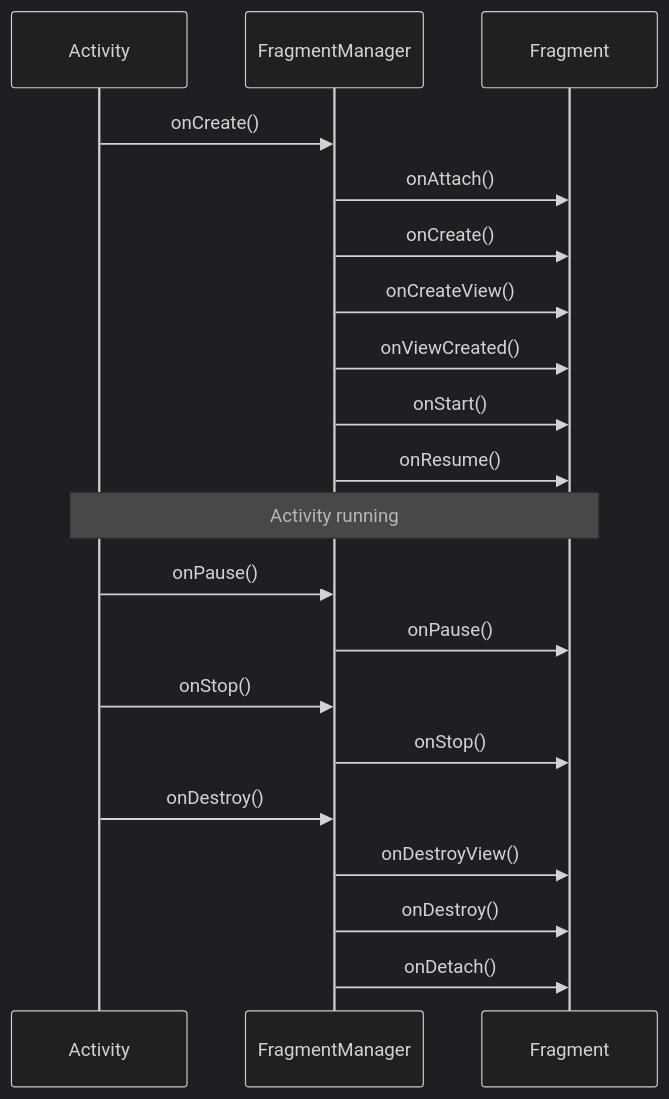
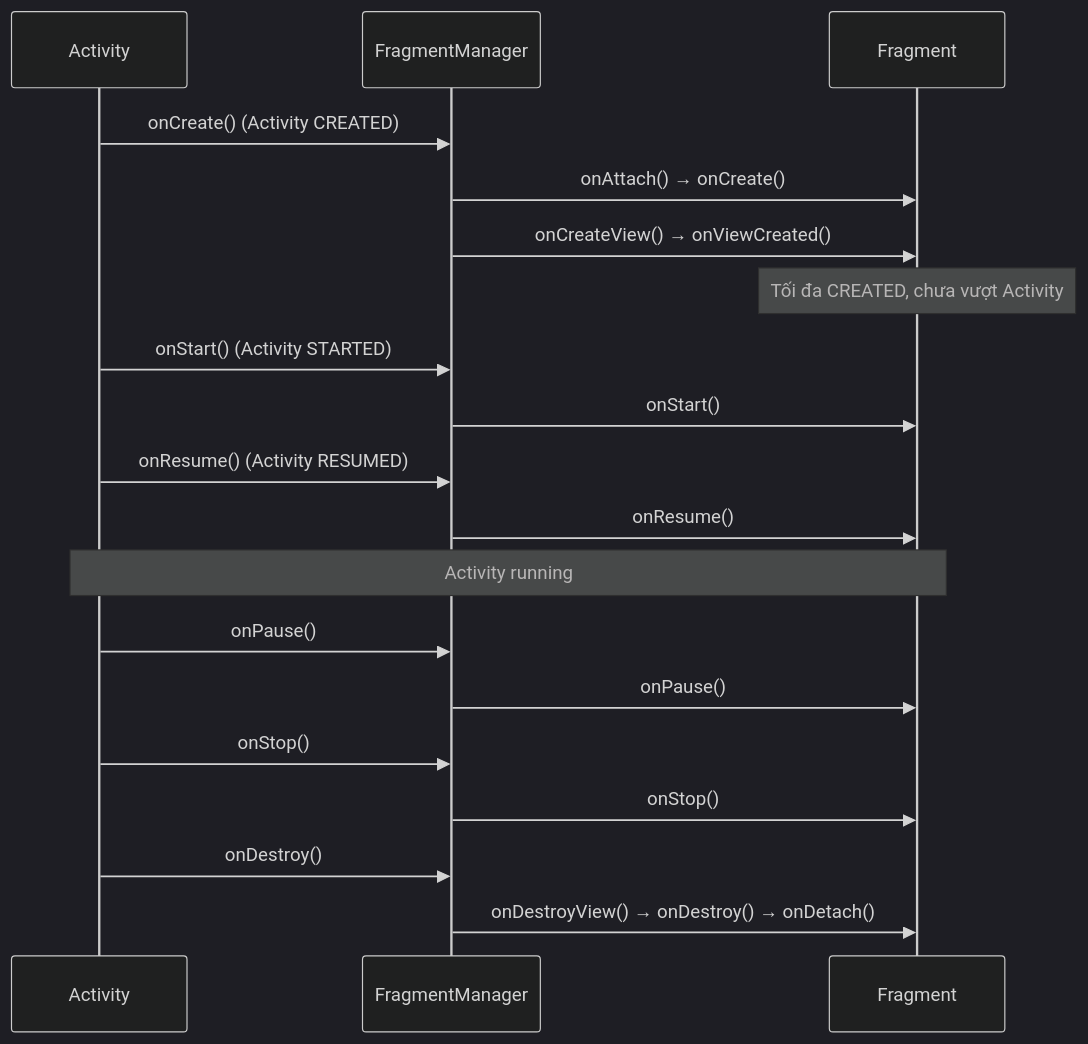
One commit to h1eu/knowledge changed the second of 6 diagrams in knowledge/android/docs/session_04/components/fragment/fragment_manager.md. Above: the diagram before and after it, drawn with Mermaid (dark theme). The commit also changed other lines of this file and 9 other files, not shown here.

````diff
--- a/knowledge/android/docs/session_04/components/fragment/fragment_manager.md
+++ b/knowledge/android/docs/session_04/components/fragment/fragment_manager.md
@@ -123,25 +123,24 @@
 ```mermaid
 sequenceDiagram
     participant A as Activity
     participant FM as FragmentManager
     participant F as Fragment
     
-    A->>FM: onCreate()
-    FM->>F: onAttach()
-    FM->>F: onCreate()
-    FM->>F: onCreateView()
-    FM->>F: onViewCreated()
+    A->>FM: onCreate() (Activity CREATED)
+    FM->>F: onAttach() → onCreate()
+    FM->>F: onCreateView() → onViewCreated()
+    Note over F: Tối đa CREATED, chưa vượt Activity
+    A->>FM: onStart() (Activity STARTED)
     FM->>F: onStart()
+    A->>FM: onResume() (Activity RESUMED)
     FM->>F: onResume()
-    
+
     Note over A,F: Activity running
-    
+
     A->>FM: onPause()
     FM->>F: onPause()
     A->>FM: onStop()
     FM->>F: onStop()
     A->>FM: onDestroy()
-    FM->>F: onDestroyView()
-    FM->>F: onDestroy()
-    FM->>F: onDetach()
+    FM->>F: onDestroyView() → onDestroy() → onDetach()
 ```
````
